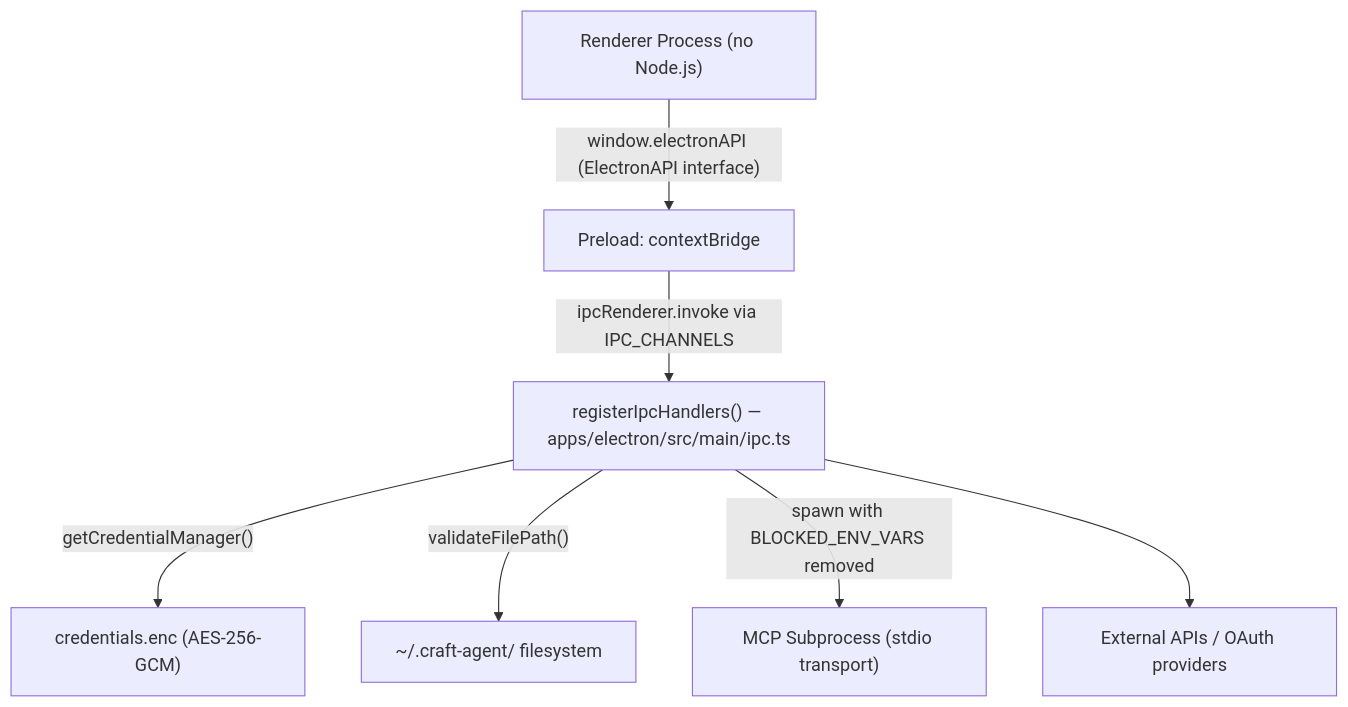
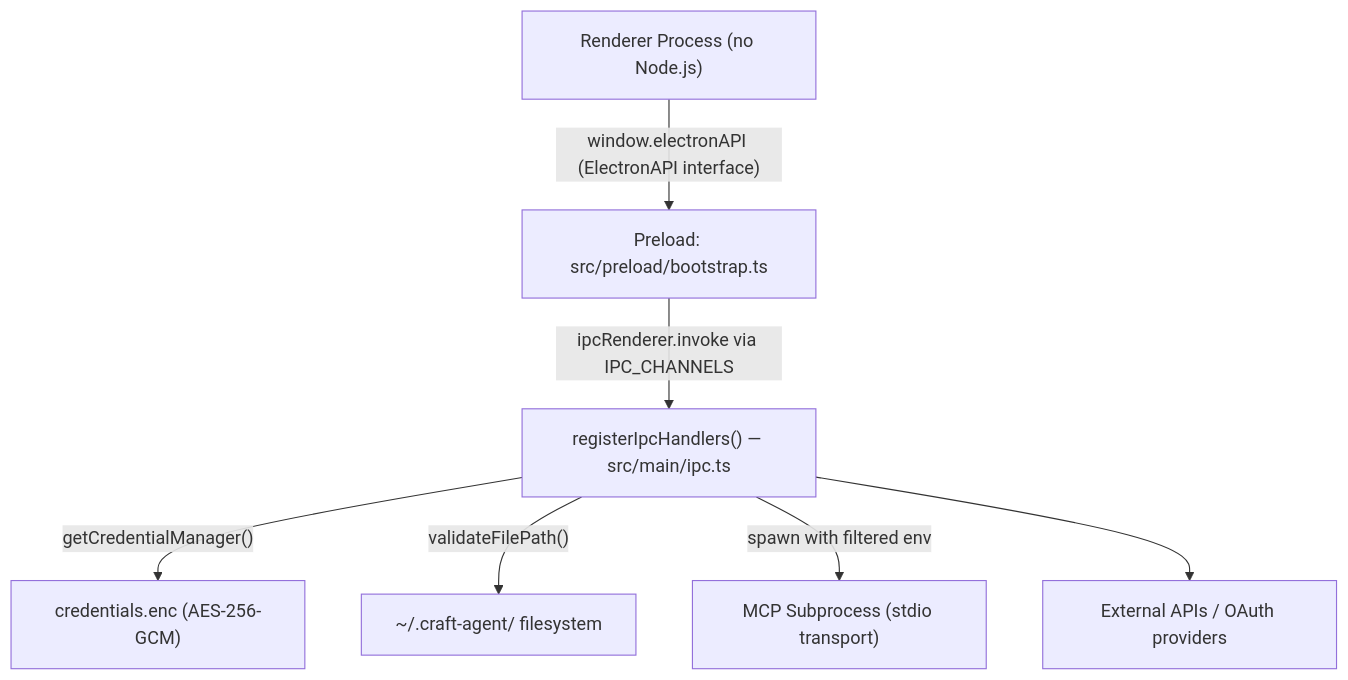
One commit to blackcater/zentree changed the first of 3 diagrams in docs/lukilabs_craft-agents-oss/security/index.md. Above: the diagram before and after it, drawn with Mermaid. The commit also changed other lines of this file and 232 other files, not shown here.

````diff
--- a/docs/lukilabs_craft-agents-oss/security/index.md
+++ b/docs/lukilabs_craft-agents-oss/security/index.md
@@ -38,17 +38,17 @@
 ```mermaid
 flowchart TD
     renderer["Renderer Process (no Node.js)"]
-    preload["Preload: contextBridge"]
-    ipcHandlers["registerIpcHandlers() — apps/electron/src/main/ipc.ts"]
+    preload["Preload: src/preload/bootstrap.ts"]
+    ipcHandlers["registerIpcHandlers() — src/main/ipc.ts"]
     creds["credentials.enc (AES-256-GCM)"]
     files["~/.craft-agent/ filesystem"]
     mcp["MCP Subprocess (stdio transport)"]
     ext["External APIs / OAuth providers"]
 
     renderer -->|"window.electronAPI (ElectronAPI interface)"| preload
     preload -->|"ipcRenderer.invoke via IPC_CHANNELS"| ipcHandlers
     ipcHandlers -->|"getCredentialManager()"| creds
     ipcHandlers -->|"validateFilePath()"| files
-    ipcHandlers -->|"spawn with BLOCKED_ENV_VARS removed"| mcp
+    ipcHandlers -->|"spawn with filtered env"| mcp
     ipcHandlers --> ext
 ```
````
